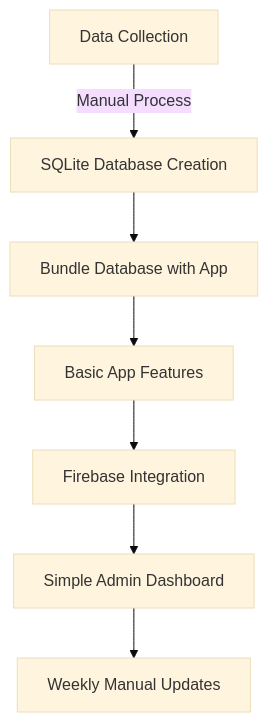
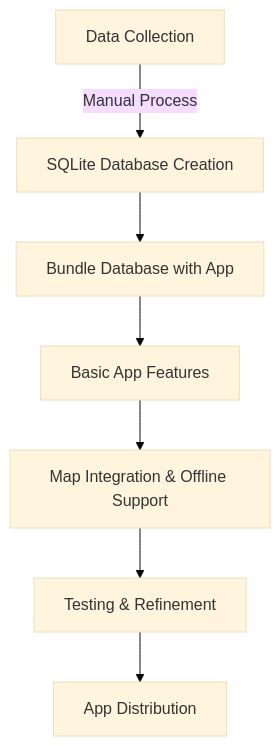
One commit to jozovek/hiking-app changed the first of 3 diagrams in README.md. Above: the diagram before and after it, drawn with Mermaid (base theme). The commit also changed other lines of this file, not shown here.

Commit message:
Update README to remove Firebase and use SQLite-only approach

````diff
--- a/README.md
+++ b/README.md
@@ -29,9 +28,9 @@
 ```mermaid
 flowchart TD
     A[Data Collection] -->|Manual Process| B[SQLite Database Creation]
     B --> C[Bundle Database with App]
     C --> D[Basic App Features]
-    D --> E[Firebase Integration]
-    E --> F[Simple Admin Dashboard]
-    F --> G[Weekly Manual Updates]
+    D --> E[Map Integration & Offline Support]
+    E --> F[Testing & Refinement]
+    F --> G[App Distribution]
 ```
````
